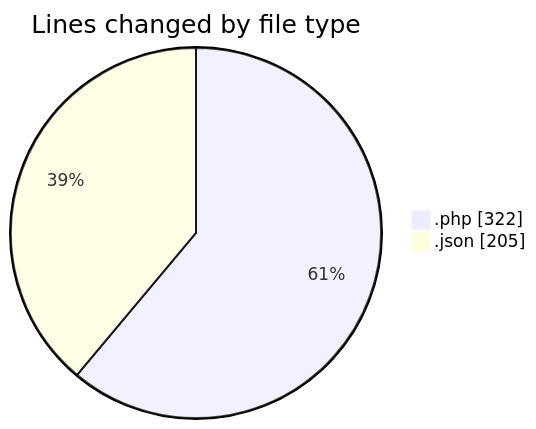
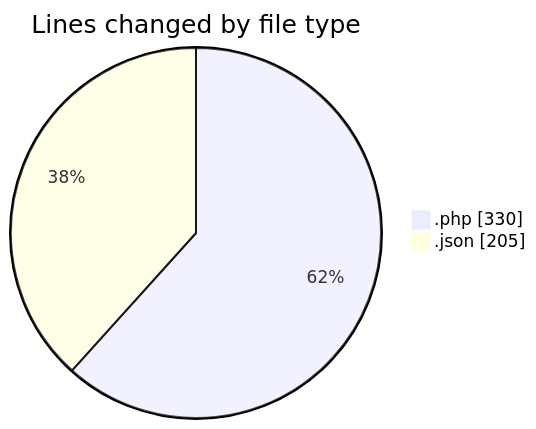
The first of 2 diagrams in 2025-04-13/autodidak/README.md (idhammustaqopulfikri/code-tracking), drawn with Mermaid before and after one commit. The commit also changed other lines of this file and 1 other file, not shown here.

````diff
--- a/2025-04-13/autodidak/README.md
+++ b/2025-04-13/autodidak/README.md
@@ -27,6 +27,6 @@
 ```mermaid
 pie showData
 title Lines changed by file type
-".php" : 322
+".php" : 330
 ".json" : 205
 ```
````
